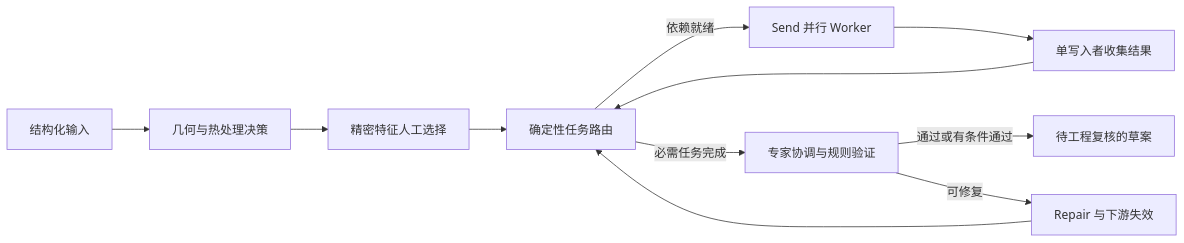
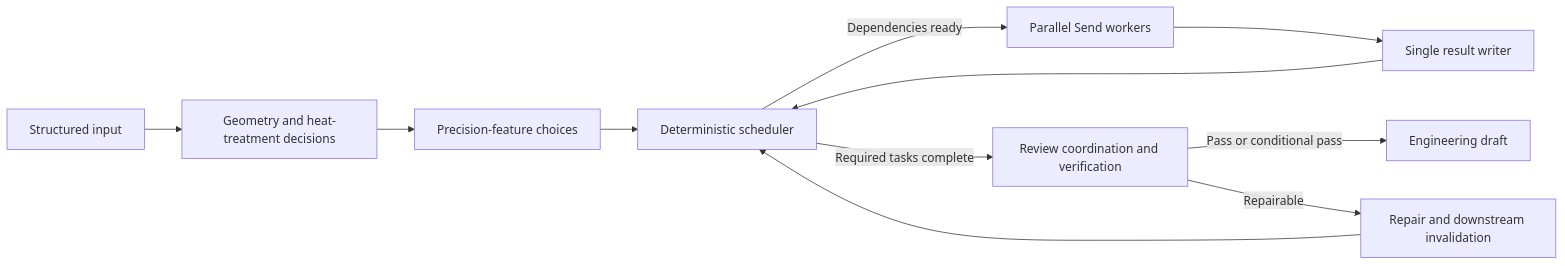
The first of 2 diagrams in README.md (Taxueovo/Shaft-Machining-Planner), drawn with Mermaid before and after one commit. The commit also changed other lines of this file and 12 other files, not shown here.

````diff
--- a/README.md
+++ b/README.md
@@ -122,13 +133,13 @@
 ```mermaid
 flowchart LR
-  A[结构化输入] --> B[几何与热处理决策]
-  B --> C[精密特征人工选择]
-  C --> D[确定性任务路由]
-  D -->|依赖就绪| E[Send 并行 Worker]
-  E --> F[单写入者收集结果]
+  A[Structured input] --> B[Geometry and heat-treatment decisions]
+  B --> C[Precision-feature choices]
+  C --> D[Deterministic scheduler]
+  D -->|Dependencies ready| E[Parallel Send workers]
+  E --> F[Single result writer]
   F --> D
-  D -->|必需任务完成| G[专家协调与规则验证]
-  G -->|通过或有条件通过| H[待工程复核的草案]
-  G -->|可修复| R[Repair 与下游失效]
+  D -->|Required tasks complete| G[Review coordination and verification]
+  G -->|Pass or conditional pass| H[Engineering draft]
+  G -->|Repairable| R[Repair and downstream invalidation]
   R --> D
 ```
````
